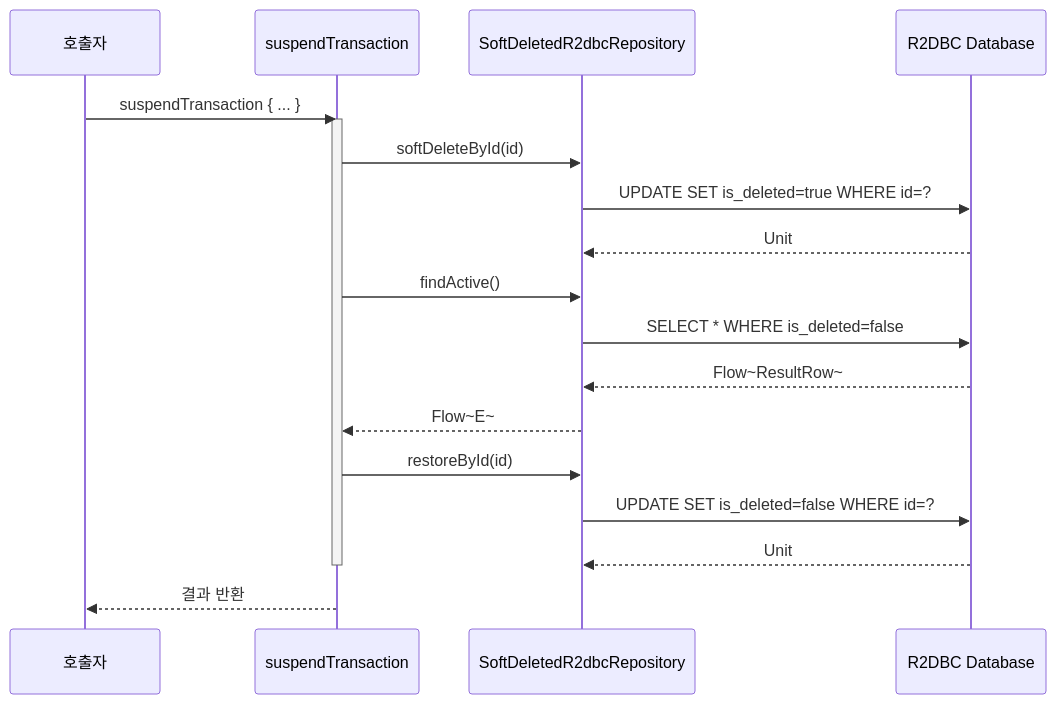
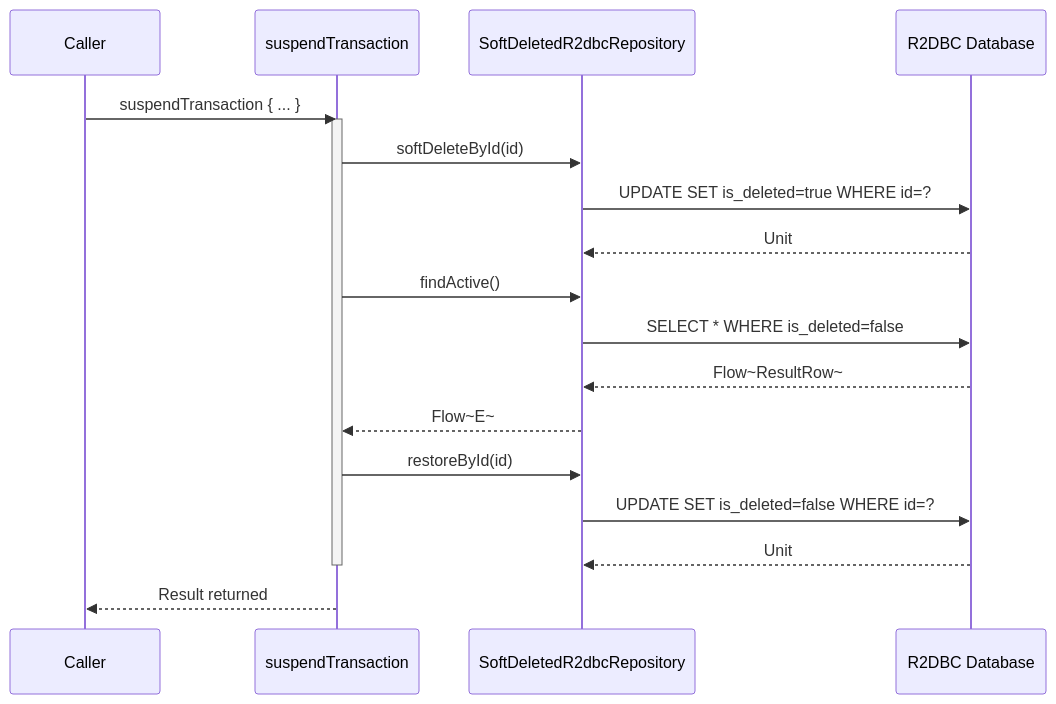
The fourth of 4 diagrams in data/exposed-r2dbc/README.md (bluetape4k/bluetape4k-projects), drawn with Mermaid before and after one commit. The commit also changed other lines of this file and 265 other files, not shown here.

````diff
--- a/data/exposed-r2dbc/README.md
+++ b/data/exposed-r2dbc/README.md
@@ -310,26 +310,26 @@
 ```mermaid
 sequenceDiagram
-    participant C as 호출자
+    participant C as Caller
     participant T as suspendTransaction
     participant R as SoftDeletedR2dbcRepository
     participant DB as R2DBC Database
 
     C->>T: suspendTransaction { ... }
     activate T
 
     T->>R: softDeleteById(id)
     R->>DB: UPDATE SET is_deleted=true WHERE id=?
     DB-->>R: Unit
 
     T->>R: findActive()
     R->>DB: SELECT * WHERE is_deleted=false
     DB-->>R: Flow~ResultRow~
     R-->>T: Flow~E~
 
     T->>R: restoreById(id)
     R->>DB: UPDATE SET is_deleted=false WHERE id=?
     DB-->>R: Unit
 
     deactivate T
-    T-->>C: 결과 반환
+    T-->>C: Result returned
 ```
````
